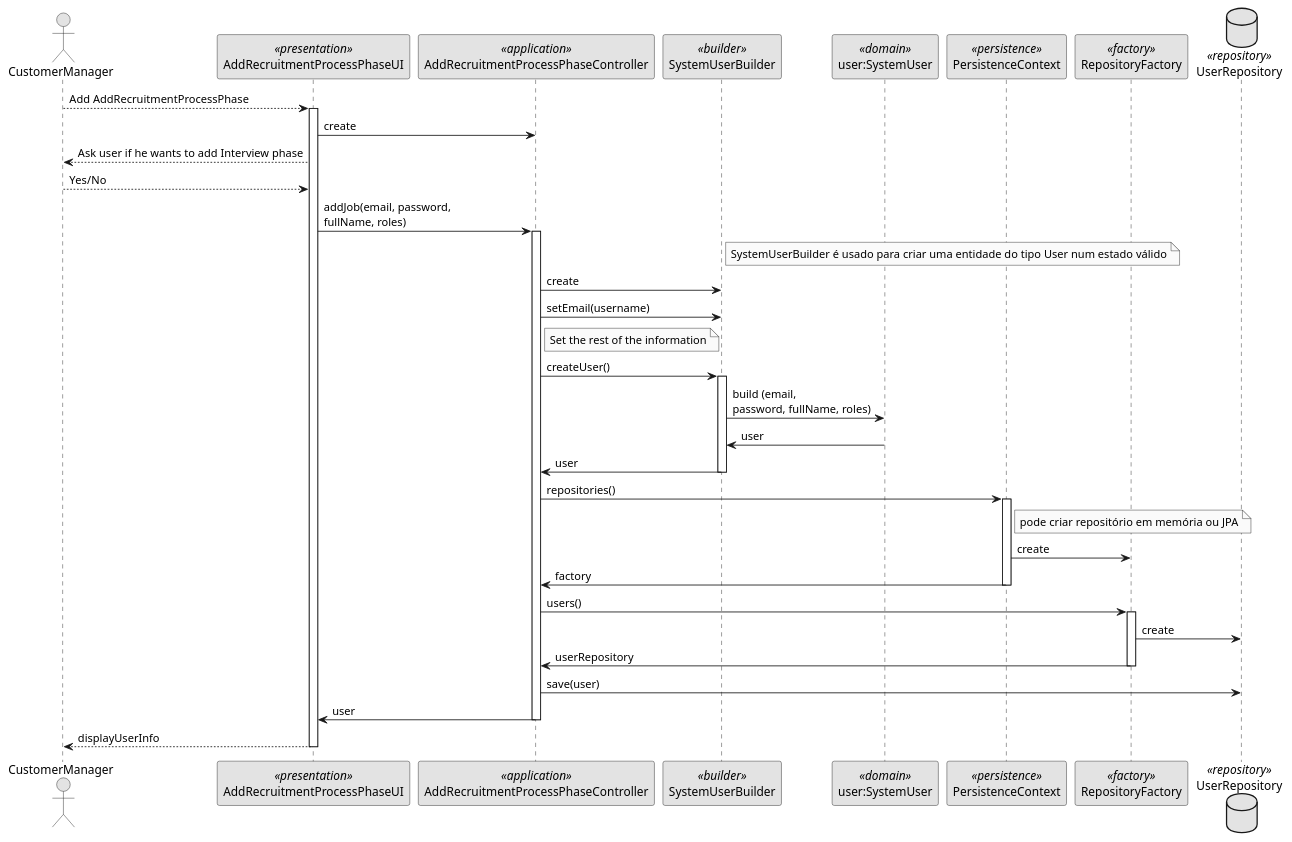
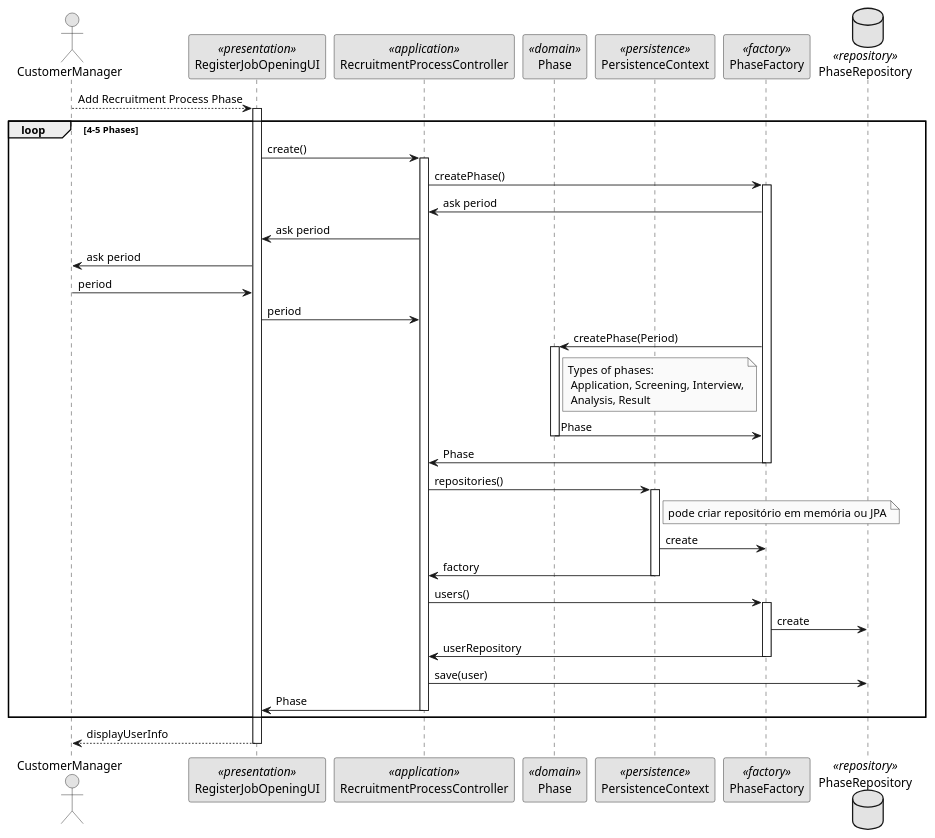
Before and after one commit to JoelBrunoFerreira/isep-lapr4: the diagram in docs/US_Sprint_B/US1007-SetupPhases/SD - Setup Phases.puml, drawn with PlantUML.

Commit message:
Sprint B - US1007 SD Update

```diff
--- a/docs/US_Sprint_B/US1007-SetupPhases/SD - Setup Phases.puml
+++ b/docs/US_Sprint_B/US1007-SetupPhases/SD - Setup Phases.puml
@@ -1,66 +1,79 @@
 @startuml
 'http://plantuml.com/skinparam.html
 skinparam handwritten false
 skinparam monochrome true
 skinparam packageStyle rect
 skinparam defaultFontName FG Virgil
 skinparam shadowing false
 
 actor CustomerManager as Actor
-participant AddRecruitmentProcessPhaseUI as UI <<presentation>>
-participant AddRecruitmentProcessPhaseController as Controller <<application>>
-participant SystemUserBuilder as Builder <<builder>>
-participant "user:SystemUser" as Domain <<domain>>
-participant PersistenceContext as Persistence <<persistence>>
-participant RepositoryFactory as Factory <<factory>>
-database UserRepository as Repository <<repository>>
-
-Actor --> UI: Add AddRecruitmentProcessPhase
-activate UI
-    UI -> Controller: create
-    UI --> Actor: Ask user if he wants to add Interview phase
-    Actor --> UI: Yes/No
+participant RegisterJobOpeningUI as UI <<presentation>>
+participant RecruitmentProcessController as Controller <<application>>
+'participant PhaseBuilder as Builder <<builder>>
 
 
 
-    UI -> Controller: addJob(email, password, \nfullName, roles)
+participant Phase as Domain <<domain>>
+participant PersistenceContext as Persistence <<persistence>>
+participant PhaseFactory as Factory <<factory>>
+database PhaseRepository as Repository <<repository>>
+
+Actor --> UI: Add Recruitment Process Phase
+loop 4-5 Phases
+activate UI
+'    UI -> Controller: create
+'    UI --> Actor: Ask user if he wants to add Interview phase
+'    Actor --> UI: Yes/No
+
+
+
+    UI -> Controller: create()
     activate Controller
-        note right of Builder:SystemUserBuilder é usado para criar uma entidade do tipo User num estado válido
-        Controller -> Builder: create
-        Controller -> Builder:setEmail(username)
-
-        note right of Controller: Set the rest of the information
+'        note right of Builder:SystemUserBuilder é usado para criar uma entidade do tipo User num estado válido
+'        Controller -> Builder: create
+'        Controller -> Builder:setEmail(username)
+'
+'        note right of Controller: Set the rest of the information
 
         'Controller -> Builder:setPassword(password)
         'Controller -> Builder:setFirstName(firstName)
         'Controller -> Builder:setLastName(lastName)
         'Controller -> Builder:setEmail(email)
         'Controller -> Builder:setRoles(roles)
 
-        Controller -> Builder:createUser()
-        activate Builder
-            Builder -> Domain: build (email,\npassword, fullName, roles)
-            Domain->Builder: user
-            Builder -> Controller:user
-        deactivate Builder
+        Controller -> Factory:createPhase()
+        activate Factory
+            Factory -> Controller: ask period
+            Controller -> UI: ask period
+            UI-> Actor: ask period
+            Actor -> UI : period
+            UI->Controller : period
+
+            Factory -> Domain : createPhase(Period)
+            activate Domain
+            note right of Domain: Types of phases:\n Application, Screening, Interview,\n Analysis, Result
+            Domain -> Factory : Phase
+            deactivate Domain
+            Factory -> Controller : Phase
+        deactivate Factory
 
         Controller -> Persistence: repositories()
         activate Persistence
             note right of Persistence: pode criar repositório em memória ou JPA
             Persistence -> Factory: create
             Persistence -> Controller: factory
         deactivate Persistence
 
         Controller -> Factory: users()
         activate Factory
             Factory -> Repository: create
             Factory -> Controller: userRepository
         deactivate Factory
 
         Controller->Repository:save(user)
-        Controller->UI: user
+        Controller->UI: Phase
     deactivate Controller
-
+end
         UI-->Actor: displayUserInfo
 deactivate UI
 @enduml
```
